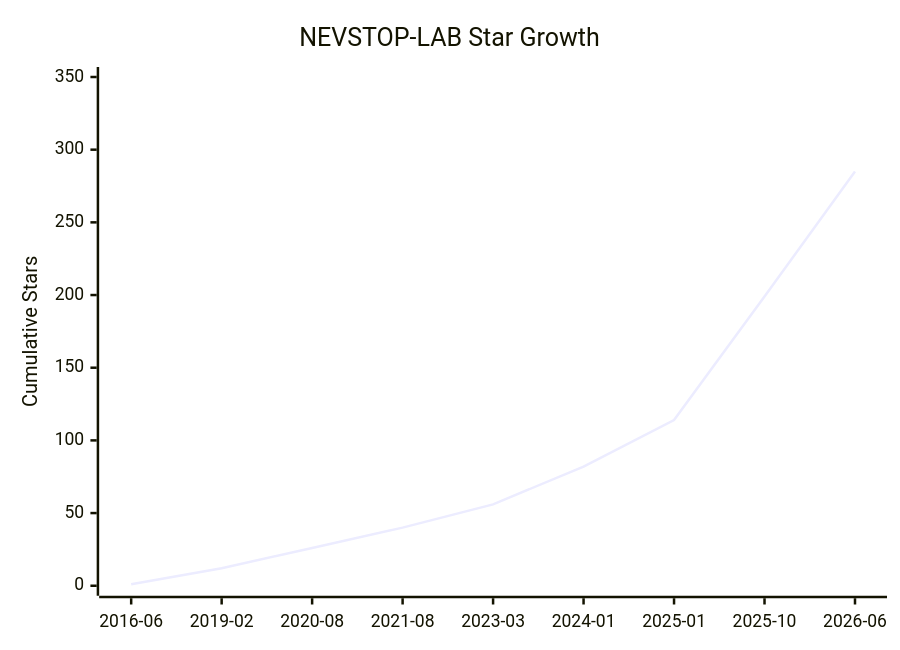
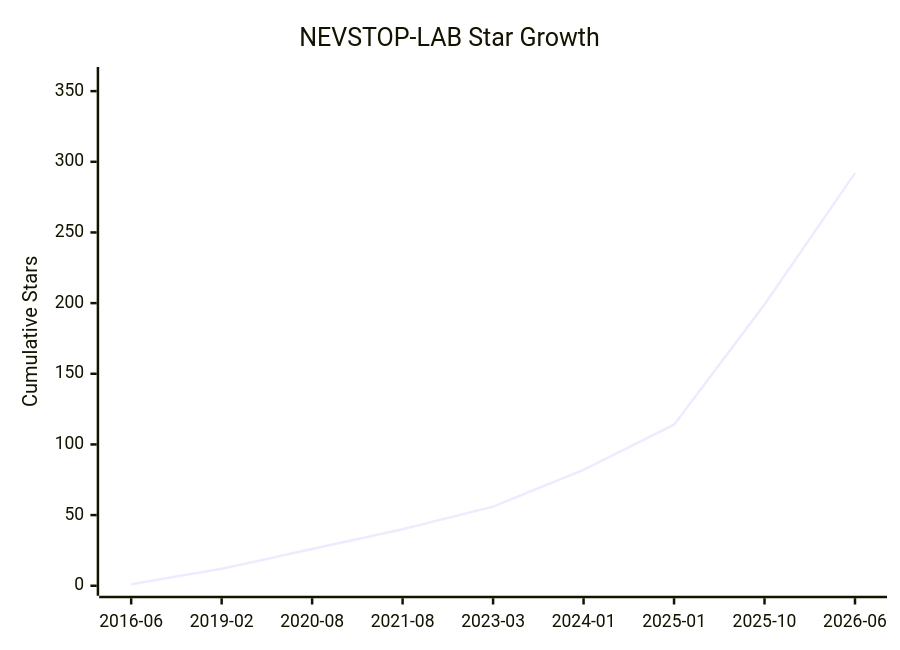
The diagram in Star-History.md (NEVSTOP-LAB/.github), drawn with Mermaid before and after one commit. The commit also changed other lines of this file and 2 other files, not shown here.

````diff
--- a/Star-History.md
+++ b/Star-History.md
@@ -8,7 +8,7 @@
 ```mermaid
 xychart-beta
     title "NEVSTOP-LAB Star Growth"
     x-axis ["2016-06", "2019-02", "2020-08", "2021-08", "2023-03", "2024-01", "2025-01", "2025-10", "2026-06"]
-    y-axis "Cumulative Stars" 0 --> 350
-    line [1, 12, 26, 40, 56, 82, 114, 199, 285]
+    y-axis "Cumulative Stars" 0 --> 360
+    line [1, 12, 26, 40, 56, 82, 114, 199, 292]
 ```
````
